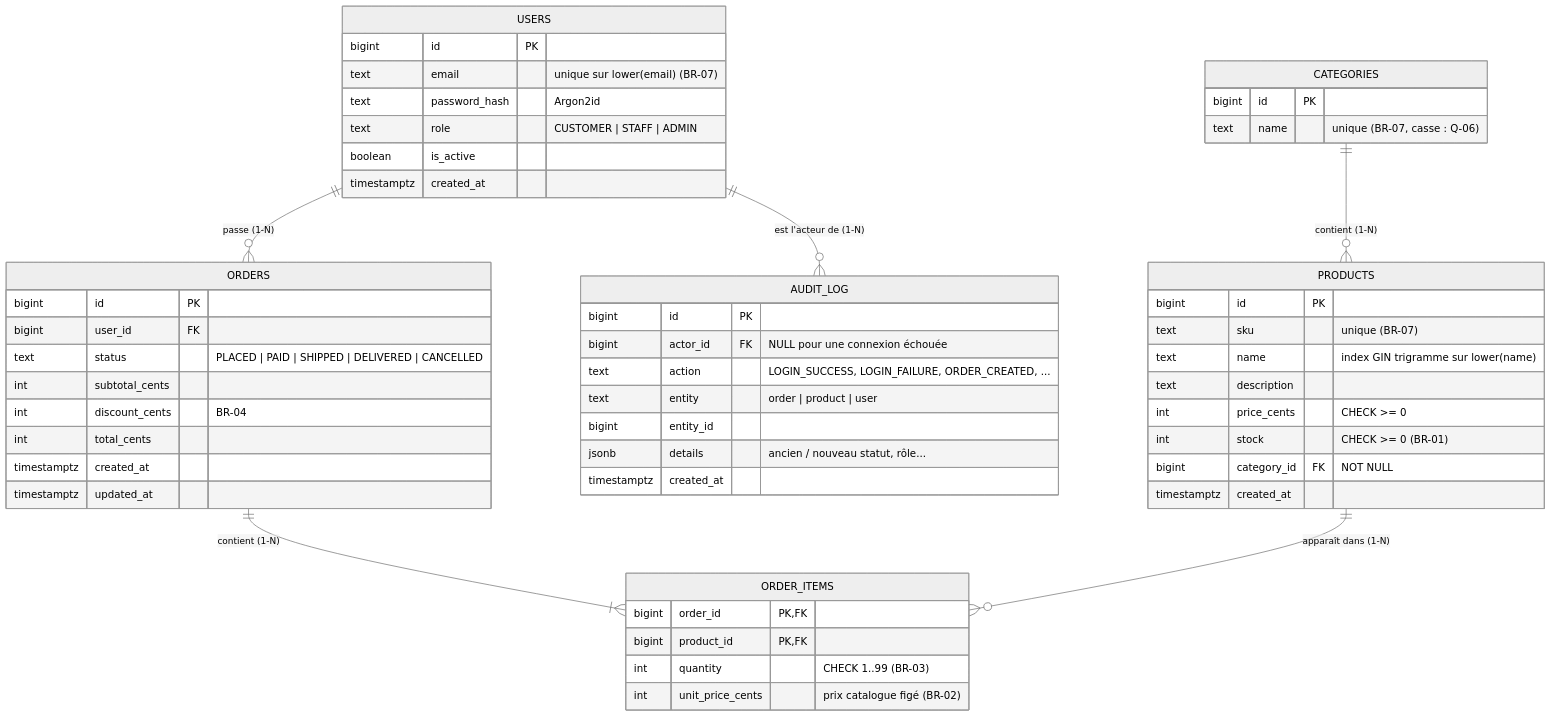
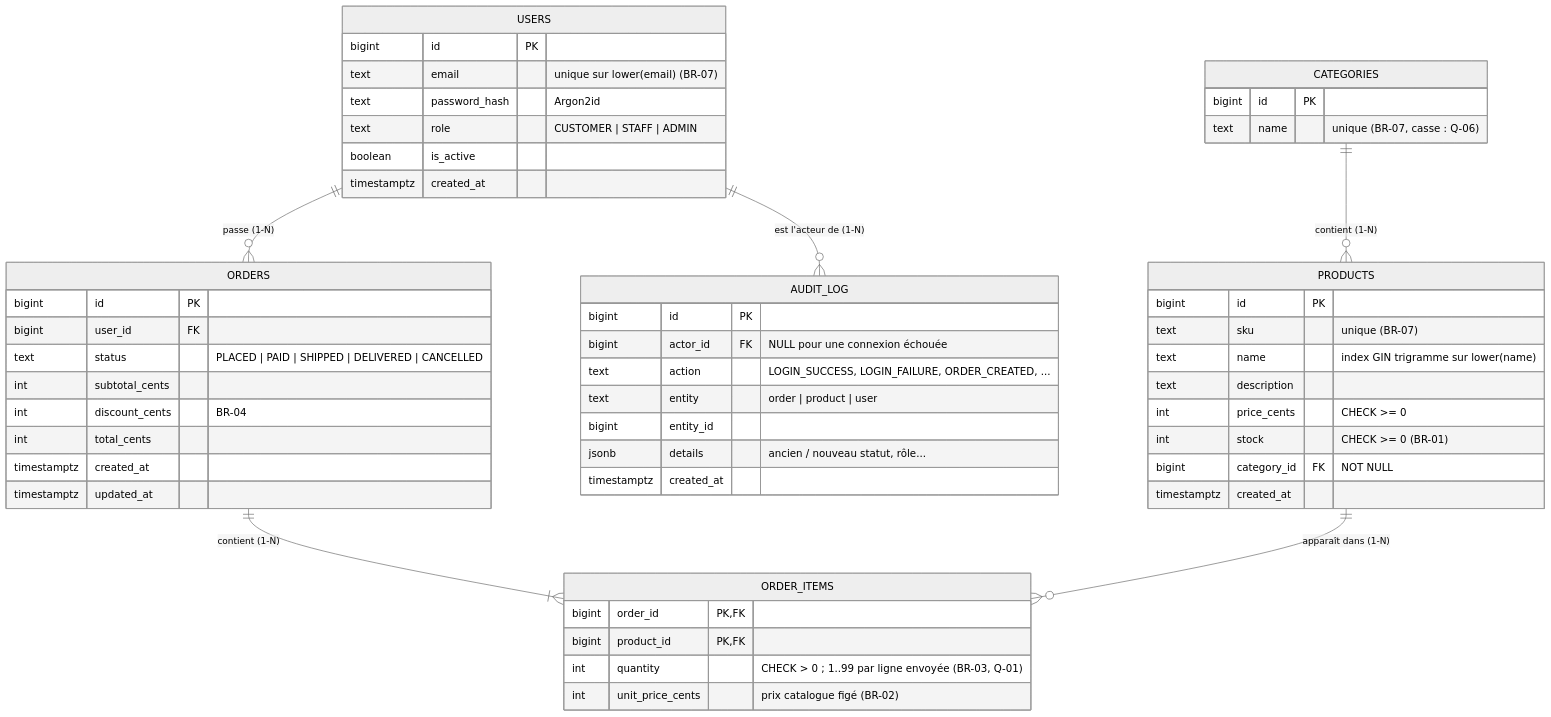
Before and after one commit to BelayebMahmoud/shop: the second of 3 diagrams in docs/conception.md, drawn with Mermaid (neutral theme). The commit also changed other lines of this file and 60 other files, not shown here.

````diff
--- a/docs/conception.md
+++ b/docs/conception.md
@@ -52,56 +52,56 @@
 ```mermaid
 erDiagram
     USERS ||--o{ ORDERS : "passe (1-N)"
     USERS ||--o{ AUDIT_LOG : "est l'acteur de (1-N)"
     CATEGORIES ||--o{ PRODUCTS : "contient (1-N)"
     ORDERS ||--|{ ORDER_ITEMS : "contient (1-N)"
     PRODUCTS ||--o{ ORDER_ITEMS : "apparaît dans (1-N)"
 
     USERS {
         bigint id PK
         text email "unique sur lower(email) (BR-07)"
         text password_hash "Argon2id"
         text role "CUSTOMER | STAFF | ADMIN"
         boolean is_active
         timestamptz created_at
     }
     CATEGORIES {
         bigint id PK
         text name "unique (BR-07, casse : Q-06)"
     }
     PRODUCTS {
         bigint id PK
         text sku "unique (BR-07)"
         text name "index GIN trigramme sur lower(name)"
         text description
         int price_cents "CHECK >= 0"
         int stock "CHECK >= 0 (BR-01)"
         bigint category_id FK "NOT NULL"
         timestamptz created_at
     }
     ORDERS {
         bigint id PK
         bigint user_id FK
         text status "PLACED | PAID | SHIPPED | DELIVERED | CANCELLED"
         int subtotal_cents
         int discount_cents "BR-04"
         int total_cents
         timestamptz created_at
         timestamptz updated_at
     }
     ORDER_ITEMS {
         bigint order_id PK, FK
         bigint product_id PK, FK
-        int quantity "CHECK 1..99 (BR-03)"
+        int quantity "CHECK > 0 ; 1..99 par ligne envoyée (BR-03, Q-01)"
         int unit_price_cents "prix catalogue figé (BR-02)"
     }
     AUDIT_LOG {
         bigint id PK
         bigint actor_id FK "NULL pour une connexion échouée"
         text action "LOGIN_SUCCESS, LOGIN_FAILURE, ORDER_CREATED, ..."
         text entity "order | product | user"
         bigint entity_id
         jsonb details "ancien / nouveau statut, rôle..."
         timestamptz created_at
     }
 ```
````
